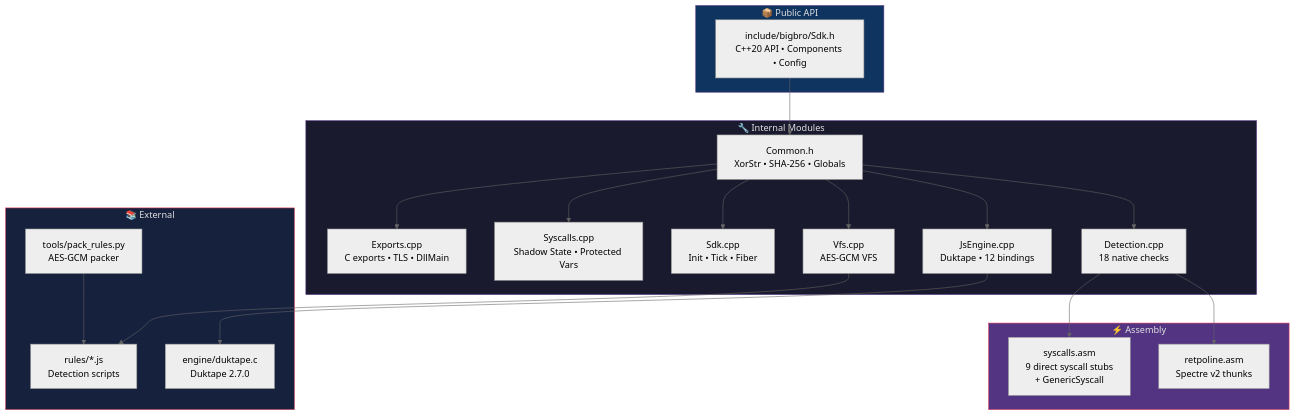
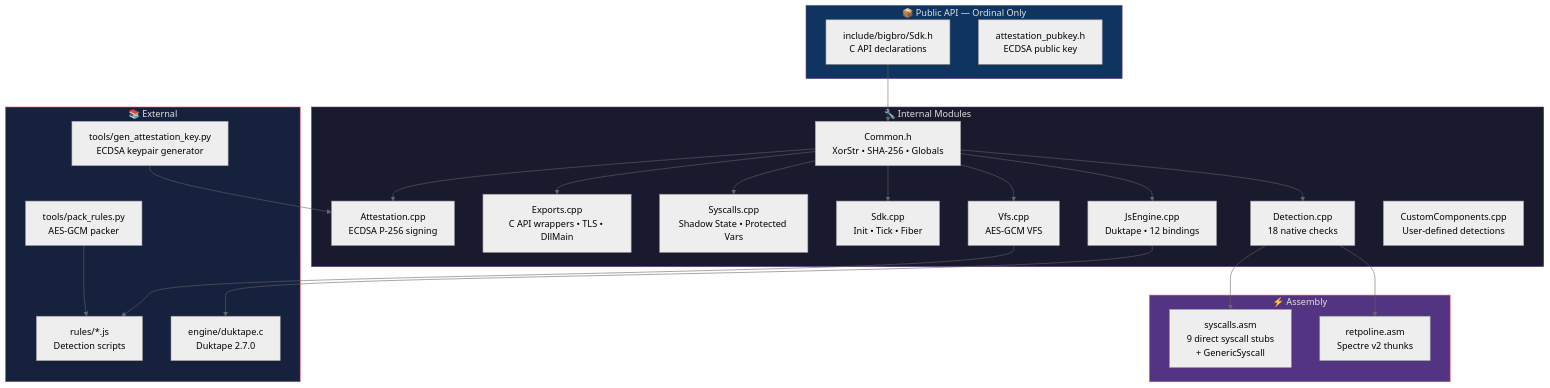
One commit to illegal-instruction-co/adheslime.dll changed the fourth of 4 diagrams in README.md. Above: the diagram before and after it, drawn with Mermaid (neutral theme). The commit also changed other lines of this file and 16 other files, not shown here.

````diff
--- a/README.md
+++ b/README.md
@@ -160,39 +163,44 @@
 ```mermaid
 graph TD
-    subgraph PUBLIC["📦 Public API"]
-        SDK_H["include/bigbro/Sdk.h<br/>C++20 API • Components • Config"]
+    subgraph PUBLIC["📦 Public API — Ordinal Only"]
+        SDK_H["include/bigbro/Sdk.h<br/>C API declarations"]
+        PUBKEY["attestation_pubkey.h<br/>ECDSA public key"]
     end
 
     subgraph INTERNAL["🔧 Internal Modules"]
         COMMON["Common.h<br/>XorStr • SHA-256 • Globals"]
         DET["Detection.cpp<br/>18 native checks"]
         JSENG["JsEngine.cpp<br/>Duktape • 12 bindings"]
         VFS_M["Vfs.cpp<br/>AES-GCM VFS"]
         SDKC["Sdk.cpp<br/>Init • Tick • Fiber"]
         SYSC["Syscalls.cpp<br/>Shadow State • Protected Vars"]
-        EXP["Exports.cpp<br/>C exports • TLS • DllMain"]
+        EXP["Exports.cpp<br/>C API wrappers • TLS • DllMain"]
+        ATT["Attestation.cpp<br/>ECDSA P-256 signing"]
+        CUST["CustomComponents.cpp<br/>User-defined detections"]
     end
 
     subgraph ASM["⚡ Assembly"]
         RETPO["retpoline.asm<br/>Spectre v2 thunks"]
         SYSCA["syscalls.asm<br/>9 direct syscall stubs<br/>+ GenericSyscall"]
     end
 
     subgraph EXTERN["📚 External"]
         DUK["engine/duktape.c<br/>Duktape 2.7.0"]
         RULES["rules/*.js<br/>Detection scripts"]
         PACK["tools/pack_rules.py<br/>AES-GCM packer"]
+        KEYGEN["tools/gen_attestation_key.py<br/>ECDSA keypair generator"]
     end
 
     SDK_H --> COMMON
-    COMMON --> DET & JSENG & VFS_M & SDKC & SYSC & EXP
+    COMMON --> DET & JSENG & VFS_M & SDKC & SYSC & EXP & ATT
     DET --> RETPO & SYSCA
     JSENG --> DUK
     VFS_M --> RULES
     PACK --> RULES
+    KEYGEN --> ATT
 
     style PUBLIC fill:#0f3460,stroke:#533483,color:#e0e0e0
     style INTERNAL fill:#1a1a2e,stroke:#533483,color:#e0e0e0
     style ASM fill:#533483,stroke:#e94560,color:#e0e0e0
     style EXTERN fill:#16213e,stroke:#e94560,color:#e0e0e0
 ```
````
